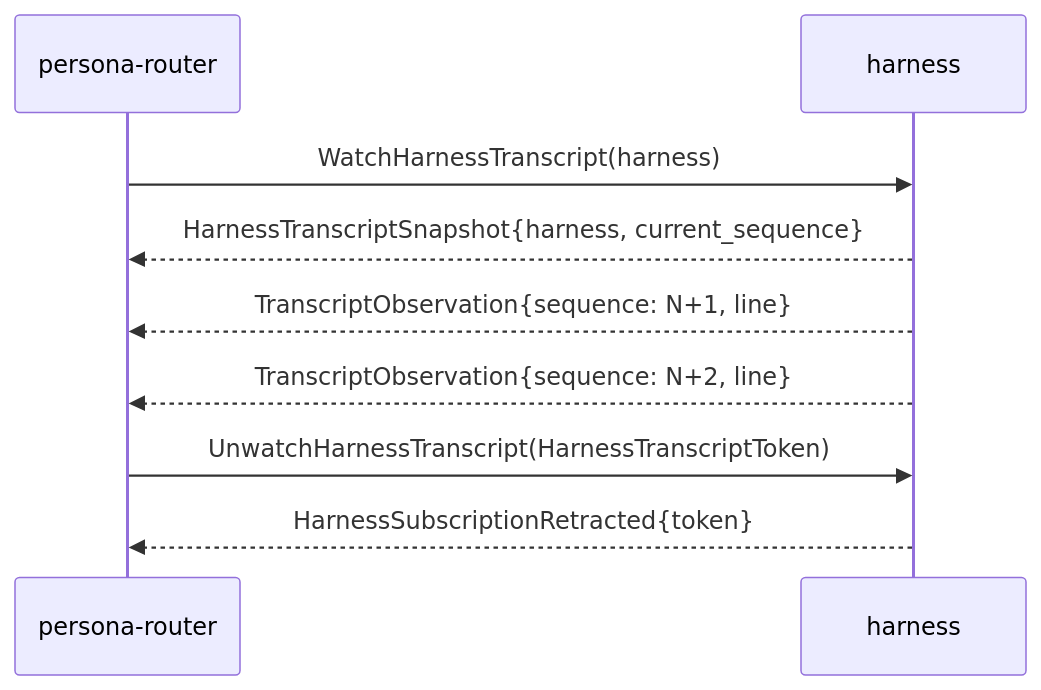
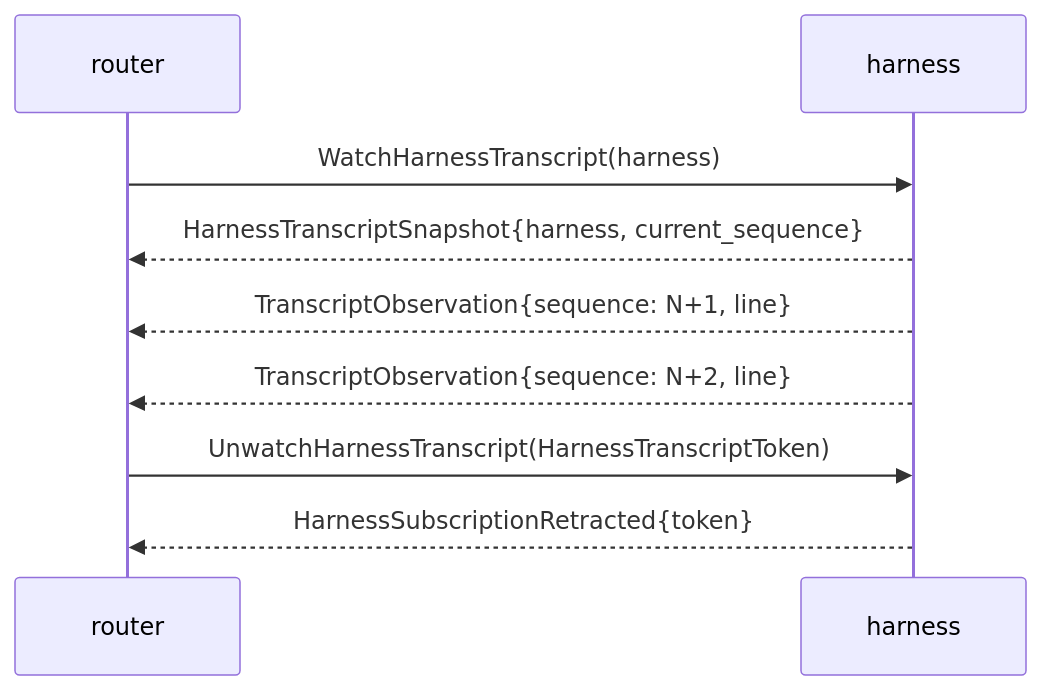
The diagram in ARCHITECTURE.md (LiGoldragon/signal-harness), drawn with Mermaid before and after one commit. The commit also changed other lines of this file and 9 other files, not shown here.

````diff
--- a/ARCHITECTURE.md
+++ b/ARCHITECTURE.md
@@ -90,12 +90,12 @@
 ```mermaid
 sequenceDiagram
-    participant Router as persona-router
+    participant Router as router
     participant Harness as harness
 
     Router->>Harness: WatchHarnessTranscript(harness)
     Harness-->>Router: HarnessTranscriptSnapshot{harness, current_sequence}
     Harness-->>Router: TranscriptObservation{sequence: N+1, line}
     Harness-->>Router: TranscriptObservation{sequence: N+2, line}
     Router->>Harness: UnwatchHarnessTranscript(HarnessTranscriptToken)
     Harness-->>Router: HarnessSubscriptionRetracted{token}
 ```
````
